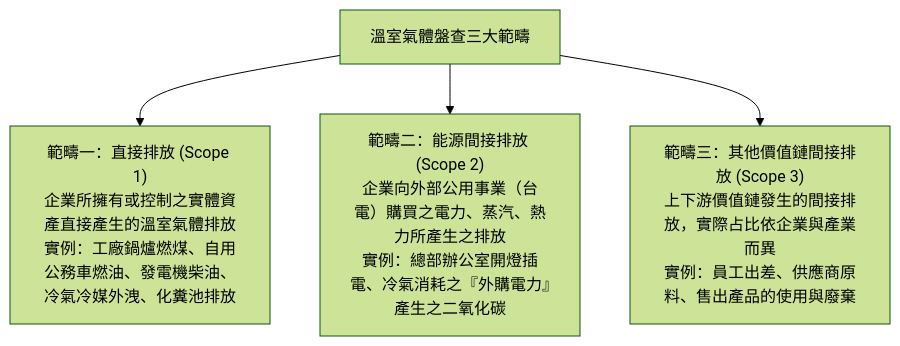
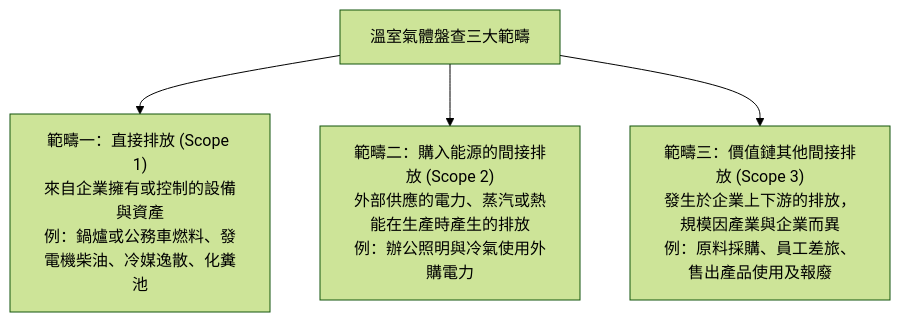
Before and after one commit to ehackerevan/exam-study-platform: the diagram in 教材/永續發展基礎能力重點教材/02_溫室氣體盤查(GHG)與碳定價機制.md, drawn with Mermaid (forest theme). The commit also changed other lines of this file and 11 other files, not shown here.

````diff
--- a/教材/永續發展基礎能力重點教材/02_溫室氣體盤查(GHG)與碳定價機制.md
+++ b/教材/永續發展基礎能力重點教材/02_溫室氣體盤查(GHG)與碳定價機制.md
@@ -26,7 +24,7 @@
 ```mermaid
 graph TD
     A[" 溫室氣體盤查三大範疇"]
-    A --> B[" 範疇一：直接排放 (Scope 1)<br/>企業所擁有或控制之實體資產直接產生的溫室氣體排放<br/>實例：工廠鍋爐燃煤、自用公務車燃油、發電機柴油、冷氣冷媒外洩、化糞池排放"]
-    A --> C[" 範疇二：能源間接排放 (Scope 2)<br/>企業向外部公用事業（台電）購買之電力、蒸汽、熱力所產生之排放<br/>實例：總部辦公室開燈插電、冷氣消耗之『外購電力』產生之二氧化碳"]
-    A --> D[" 範疇三：其他價值鏈間接排放 (Scope 3)<br/>上下游價值鏈發生的間接排放，實際占比依企業與產業而異<br/>實例：員工出差、供應商原料、售出產品的使用與廢棄"]
+    A --> B["範疇一：直接排放 (Scope 1)<br/>來自企業擁有或控制的設備與資產<br/>例：鍋爐或公務車燃料、發電機柴油、冷媒逸散、化糞池"]
+    A --> C["範疇二：購入能源的間接排放 (Scope 2)<br/>外部供應的電力、蒸汽或熱能在生產時產生的排放<br/>例：辦公照明與冷氣使用外購電力"]
+    A --> D["範疇三：價值鏈其他間接排放 (Scope 3)<br/>發生於企業上下游的排放，規模因產業與企業而異<br/>例：原料採購、員工差旅、售出產品使用及報廢"]
 ```
````
